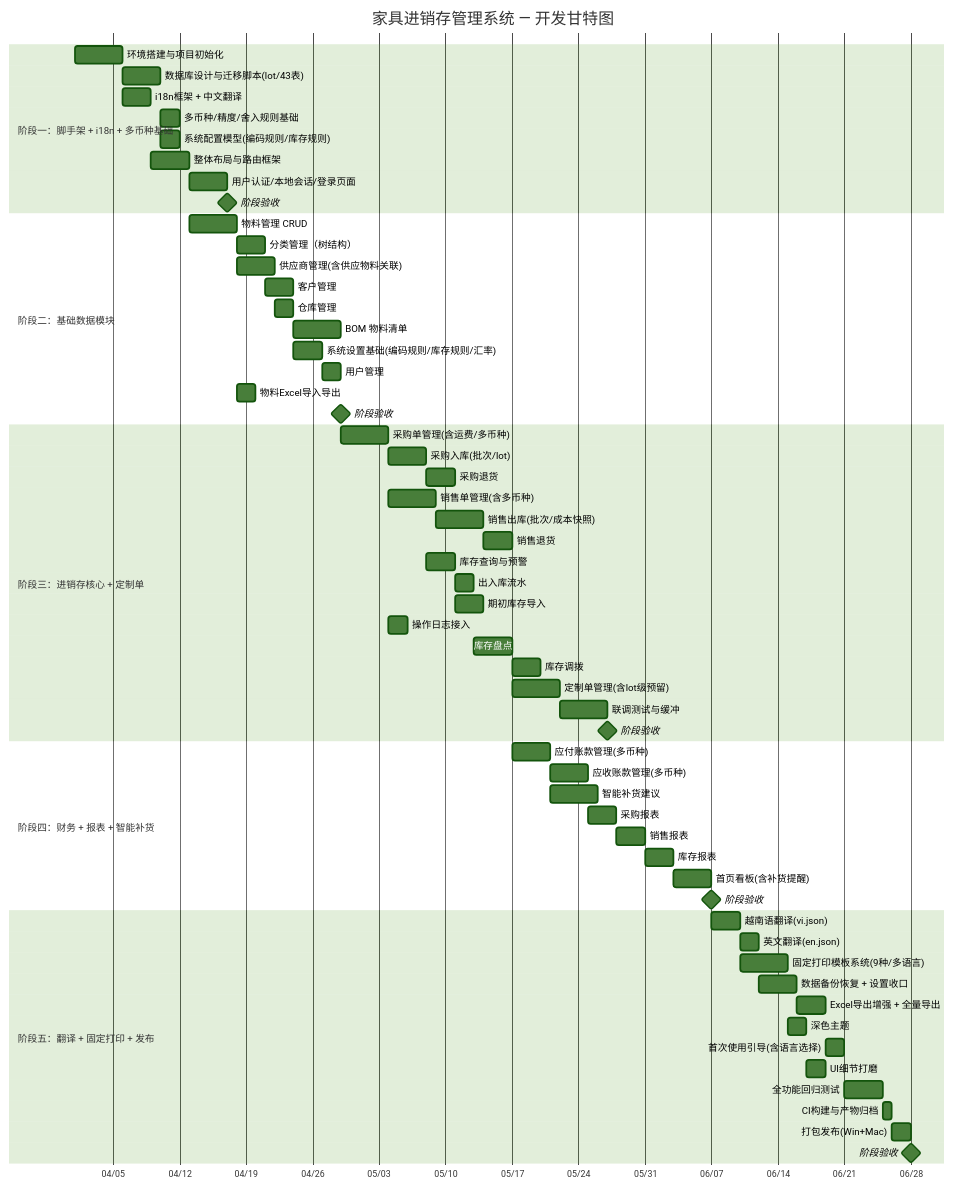
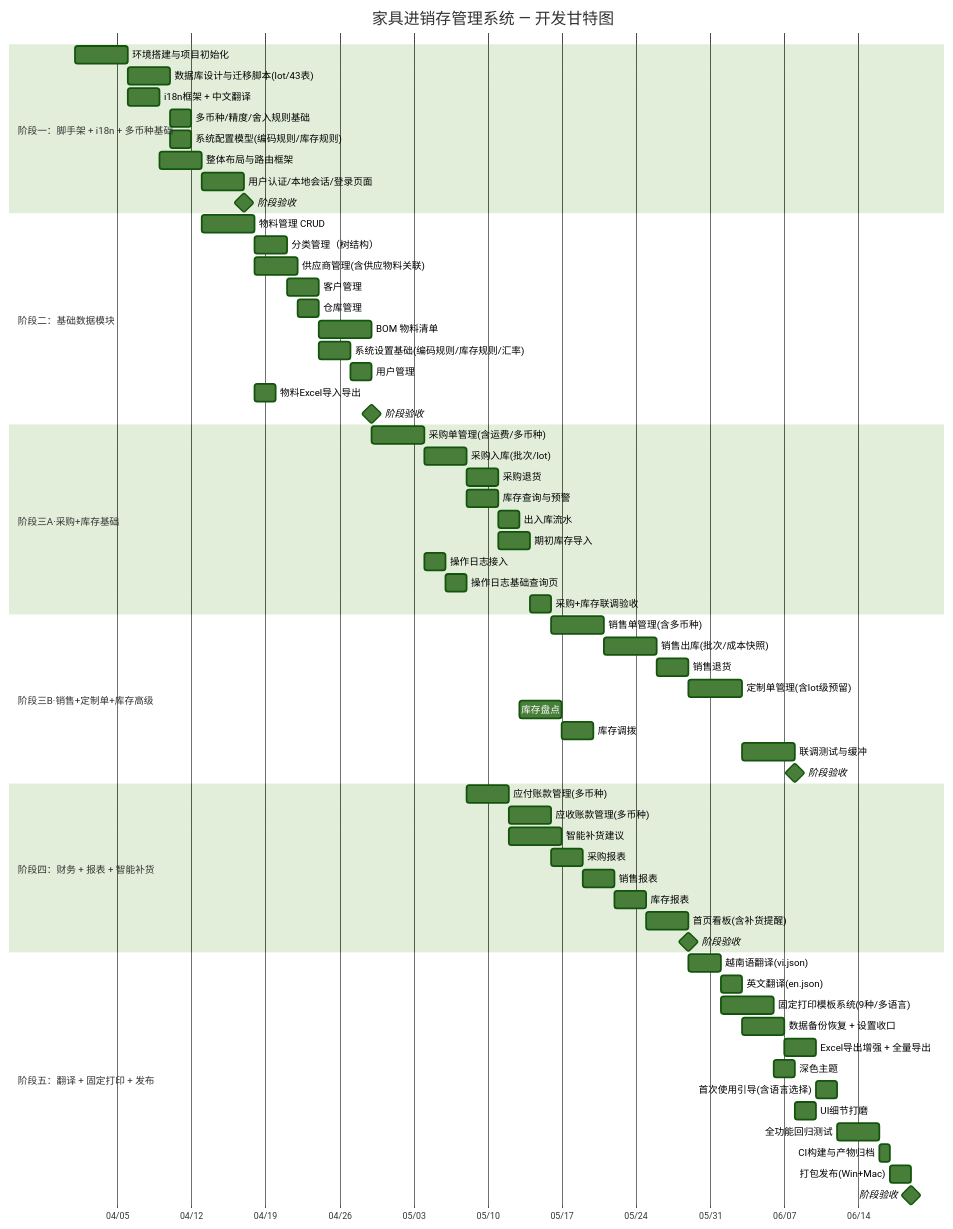
One commit to kurisu994/CloudPivot changed the diagram in docs/04-development-plan.md. Above: the diagram before and after it, drawn with Mermaid (forest theme). The commit also changed other lines of this file, not shown here.

````diff
--- a/docs/04-development-plan.md
+++ b/docs/04-development-plan.md
@@ -14,69 +25,73 @@
 ```mermaid
 gantt
     title 家具进销存管理系统 — 开发甘特图
     dateFormat  YYYY-MM-DD
     axisFormat  %m/%d
 
     section 阶段一：脚手架 + i18n + 多币种基础
     环境搭建与项目初始化         :a1, 2026-04-01, 5d
     数据库设计与迁移脚本(lot/43表) :a2, after a1, 4d
     i18n框架 + 中文翻译         :a3, after a1, 3d
     多币种/精度/舍入规则基础      :a4, after a2, 2d
     系统配置模型(编码规则/库存规则) :a5, after a2, 2d
     整体布局与路由框架           :a6, after a3, 4d
     用户认证/本地会话/登录页面      :a7, after a6, 4d
     阶段验收                     :milestone, after a7, 0d
 
     section 阶段二：基础数据模块
     物料管理 CRUD                :b1, after a6, 5d
     分类管理（树结构）           :b2, after b1, 3d
     供应商管理(含供应物料关联)    :b3, after b1, 4d
     客户管理                     :b4, after b2, 3d
     仓库管理                     :b5, after b3, 2d
     BOM 物料清单                 :b6, after b4, 5d
     系统设置基础(编码规则/库存规则/汇率) :b7, after b5, 3d
     用户管理                     :b8, after b7, 2d
     物料Excel导入导出            :b9, after b1, 2d
     阶段验收                     :milestone, after b8, 0d
 
-    section 阶段三：进销存核心 + 定制单
+    section 阶段三A·采购+库存基础
     采购单管理(含运费/多币种)     :c1, after b6, 5d
     采购入库(批次/lot)            :c2, after c1, 4d
     采购退货                     :c3, after c2, 3d
-    销售单管理(含多币种)         :c4, after c1, 5d
-    销售出库(批次/成本快照)        :c5, after c4, 5d
-    销售退货                     :c6, after c5, 3d
     库存查询与预警               :c7, after c2, 3d
     出入库流水                   :c8, after c7, 2d
     期初库存导入                 :c9, after c7, 3d
     操作日志接入                 :c10, after c1, 2d
+    操作日志基础查询页           :c10a, after c10, 2d
+    采购+库存联调验收            :c_m, after c9, 2d
+
+    section 阶段三B·销售+定制单+库存高级
+    销售单管理(含多币种)         :c4, after c_m, 5d
+    销售出库(批次/成本快照)        :c5, after c4, 5d
+    销售退货                     :c6, after c5, 3d
+    定制单管理(含lot级预留)      :c13, after c6, 5d
     库存盘点                     :c11, after c8, 4d
     库存调拨                     :c12, after c11, 3d
-    定制单管理(含lot级预留)      :c13, after c6, 5d
     联调测试与缓冲               :c14, after c13, 5d
     阶段验收                     :milestone, after c14, 0d
 
     section 阶段四：财务 + 报表 + 智能补货
-    应付账款管理(多币种)         :d1, after c11, 4d
+    应付账款管理(多币种)         :d1, after c2, 4d
     应收账款管理(多币种)         :d2, after d1, 4d
     智能补货建议                 :d3, after d1, 5d
     采购报表                     :d4, after d2, 3d
     销售报表                     :d5, after d4, 3d
     库存报表                     :d6, after d5, 3d
     首页看板(含补货提醒)         :d7, after d6, 4d
     阶段验收                     :milestone, after d7, 0d
 
     section 阶段五：翻译 + 固定打印 + 发布
     越南语翻译(vi.json)          :e1, after d7, 3d
     英文翻译(en.json)            :e2, after e1, 2d
     固定打印模板系统(9种/多语言)  :e3, after e1, 5d
     数据备份恢复 + 设置收口       :e4, after e2, 4d
     Excel导出增强 + 全量导出      :e5, after e4, 3d
     深色主题                     :e6, after e3, 2d
     首次使用引导(含语言选择)      :e7, after e5, 2d
     UI细节打磨                   :e8, after e6, 2d
     全功能回归测试               :e9, after e7, 4d
     CI构建与产物归档             :e10, after e9, 1d
     打包发布(Win+Mac)            :e11, after e10, 2d
     阶段验收                     :milestone, after e11, 0d
 ```
````
